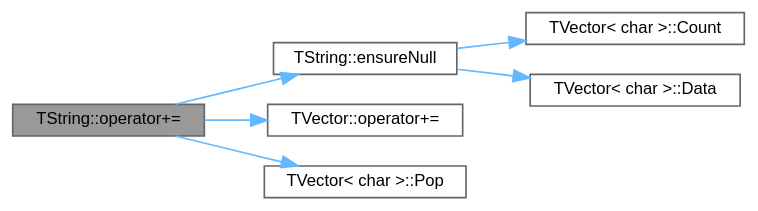
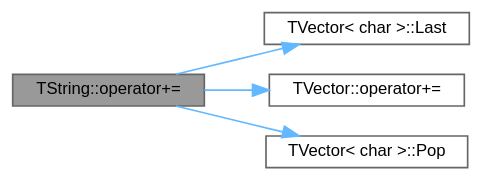
Before and after one commit to jcoelho72/TProcura: the diagram in classTString_a19eb81646194430534b412129e50779e_cgraph.dot, drawn with Graphviz. The commit also changed 48 other files, not shown here.

```diff
--- a/classTString_a19eb81646194430534b412129e50779e_cgraph.dot
+++ b/classTString_a19eb81646194430534b412129e50779e_cgraph.dot
@@ -1,19 +1,15 @@
 digraph "TString::operator+="
 {
  // LATEX_PDF_SIZE
   bgcolor="transparent";
   edge [fontname=Helvetica,fontsize=10,labelfontname=Helvetica,labelfontsize=10];
   node [fontname=Helvetica,fontsize=10,shape=box,height=0.2,width=0.4];
   rankdir="LR";
   Node1 [id="Node000001",label="TString::operator+=",height=0.2,width=0.4,color="gray40", fillcolor="grey60", style="filled", fontcolor="black",tooltip=" "];
   Node1 -> Node2 [id="edge1_Node000001_Node000002",color="steelblue1",style="solid",tooltip=" "];
-  Node2 [id="Node000002",label="TString::ensureNull",height=0.2,width=0.4,color="grey40", fillcolor="white", style="filled",URL="$classTString.html#a1ac9dbf8759ece8e2148c2579e6dc651",tooltip=" "];
-  Node2 -> Node3 [id="edge2_Node000002_Node000003",color="steelblue1",style="solid",tooltip=" "];
-  Node3 [id="Node000003",label="TVector\< char \>::Count",height=0.2,width=0.4,color="grey40", fillcolor="white", style="filled",URL="$classTVector.html#ac3c744d84543ca6e32859eb7dfccfeef",tooltip=" "];
-  Node2 -> Node4 [id="edge3_Node000002_Node000004",color="steelblue1",style="solid",tooltip=" "];
-  Node4 [id="Node000004",label="TVector\< char \>::Data",height=0.2,width=0.4,color="grey40", fillcolor="white", style="filled",URL="$classTVector.html#addd572d70b587092fddc21a8b0f53120",tooltip="Acesso direto."];
-  Node1 -> Node5 [id="edge4_Node000001_Node000005",color="steelblue1",style="solid",tooltip=" "];
-  Node5 [id="Node000005",label="TVector::operator+=",height=0.2,width=0.4,color="grey40", fillcolor="white", style="filled",URL="$classTVector.html#a7c69ceeac2bef2bf161e5e6aab440468",tooltip="Concatena outro vetor a este."];
-  Node1 -> Node6 [id="edge5_Node000001_Node000006",color="steelblue1",style="solid",tooltip=" "];
-  Node6 [id="Node000006",label="TVector\< char \>::Pop",height=0.2,width=0.4,color="grey40", fillcolor="white", style="filled",URL="$classTVector.html#a3249913626d54e46b07e168ce1f05d87",tooltip=" "];
+  Node2 [id="Node000002",label="TVector\< char \>::Last",height=0.2,width=0.4,color="grey40", fillcolor="white", style="filled",URL="$classTVector.html#aa304d639c79ef2842f9951846c6292e3",tooltip=" "];
+  Node1 -> Node3 [id="edge2_Node000001_Node000003",color="steelblue1",style="solid",tooltip=" "];
+  Node3 [id="Node000003",label="TVector::operator+=",height=0.2,width=0.4,color="grey40", fillcolor="white", style="filled",URL="$classTVector.html#a7c69ceeac2bef2bf161e5e6aab440468",tooltip="Concatena outro vetor a este."];
+  Node1 -> Node4 [id="edge3_Node000001_Node000004",color="steelblue1",style="solid",tooltip=" "];
+  Node4 [id="Node000004",label="TVector\< char \>::Pop",height=0.2,width=0.4,color="grey40", fillcolor="white", style="filled",URL="$classTVector.html#a3249913626d54e46b07e168ce1f05d87",tooltip=" "];
 }
```
